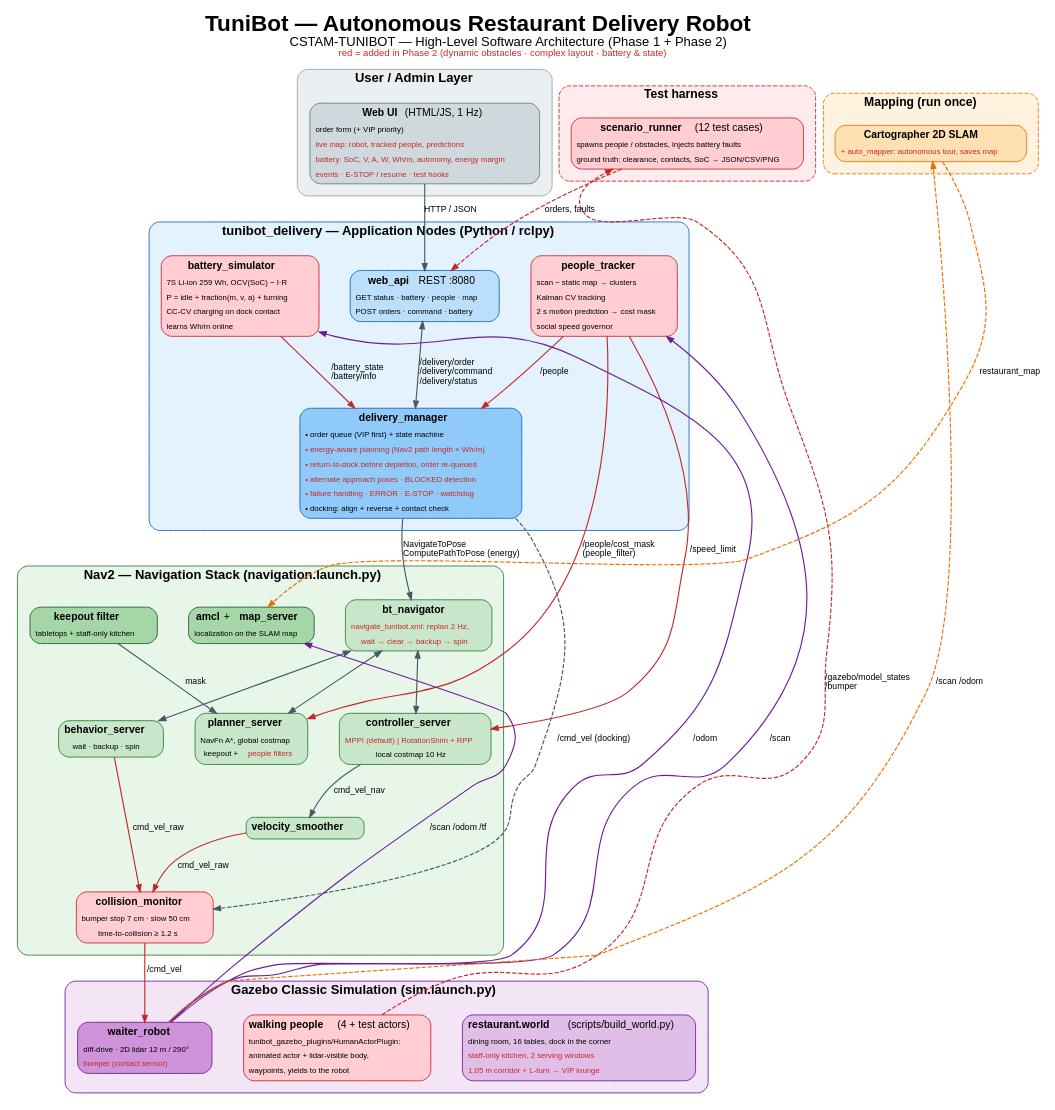
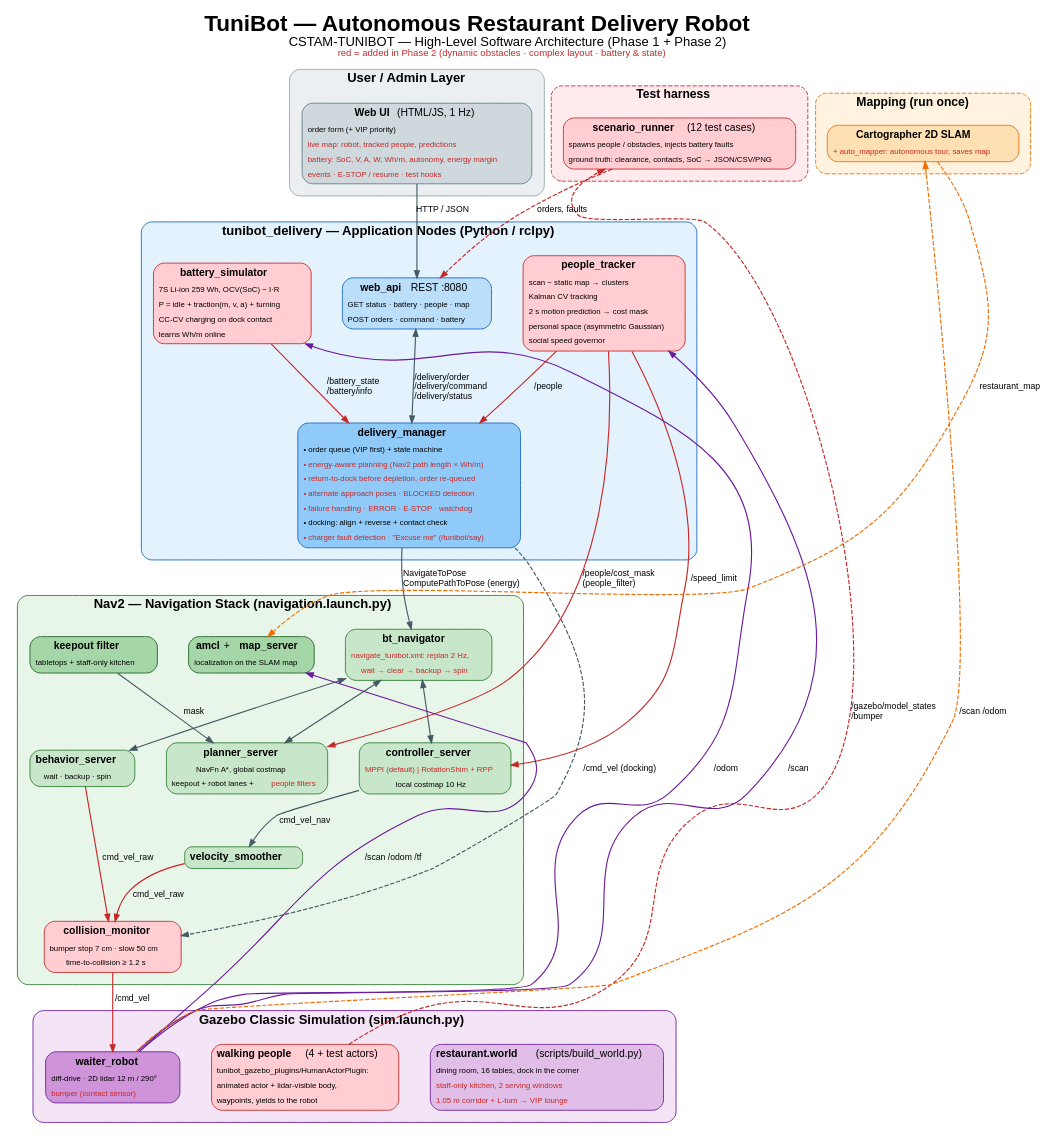
Before and after one commit to ghassenbani10-eng/Iot-Hunters: the diagram in src/tunibot_delivery/docs/architecture.dot, drawn with Graphviz. The commit also changed 10 other files, not shown here.

```diff
--- a/src/tunibot_delivery/docs/architecture.dot
+++ b/src/tunibot_delivery/docs/architecture.dot
@@ -1,153 +1,155 @@
 digraph TuniBotArchitecture {
   rankdir=TB;
   fontname="Helvetica";
   labelloc="t";
   label=<<FONT POINT-SIZE="26"><B>TuniBot — Autonomous Restaurant Delivery Robot</B></FONT><BR/><FONT POINT-SIZE="15">CSTAM-TUNIBOT — High-Level Software Architecture (Phase 1 + Phase 2)</FONT><BR/><FONT POINT-SIZE="11" COLOR="#c62828">red = added in Phase 2 (dynamic obstacles · complex layout · battery &amp; state)</FONT>>;
   bgcolor="white";
   nodesep=0.5;
   ranksep=0.7;
   node [fontname="Helvetica", fontsize=12, shape=plain];
   edge [fontname="Helvetica", fontsize=10, color="#455a64", penwidth=1.3, arrowsize=0.8];
 
   // ---------------- USER / ADMIN ----------------
   subgraph cluster_ui {
     label=<<B>User / Admin Layer</B>>;
     fontsize=15; style="rounded,filled"; color="#90a4ae"; fillcolor="#eceff1"; margin=14;
     WEB [label=<
       <TABLE BORDER="1" CELLBORDER="0" CELLSPACING="3" BGCOLOR="#cfd8dc" COLOR="#607d8b" STYLE="ROUNDED">
         <TR><TD><B>Web UI</B> (HTML/JS, 1 Hz)</TD></TR>
         <TR><TD ALIGN="LEFT"><FONT POINT-SIZE="9">order form (+ VIP priority)</FONT></TD></TR>
         <TR><TD ALIGN="LEFT"><FONT POINT-SIZE="9" COLOR="#c62828">live map: robot, tracked people, predictions</FONT></TD></TR>
         <TR><TD ALIGN="LEFT"><FONT POINT-SIZE="9" COLOR="#c62828">battery: SoC, V, A, W, Wh/m, autonomy, energy margin</FONT></TD></TR>
         <TR><TD ALIGN="LEFT"><FONT POINT-SIZE="9" COLOR="#c62828">events · E-STOP / resume · test hooks</FONT></TD></TR>
       </TABLE>>];
   }
 
   // ---------------- APPLICATION ----------------
   subgraph cluster_app {
     label=<<B>tunibot_delivery — Application Nodes (Python / rclpy)</B>>;
     fontsize=15; style="rounded,filled"; color="#1565c0"; fillcolor="#e3f2fd"; margin=14;
     API [label=<
       <TABLE BORDER="1" CELLBORDER="0" CELLSPACING="3" BGCOLOR="#bbdefb" COLOR="#1565c0" STYLE="ROUNDED">
         <TR><TD><B>web_api</B>  REST :8080</TD></TR>
         <TR><TD ALIGN="LEFT"><FONT POINT-SIZE="9">GET status · battery · people · map</FONT></TD></TR>
         <TR><TD ALIGN="LEFT"><FONT POINT-SIZE="9">POST orders · command · battery</FONT></TD></TR>
       </TABLE>>];
     DM [label=<
       <TABLE BORDER="1" CELLBORDER="0" CELLSPACING="3" BGCOLOR="#90caf9" COLOR="#1565c0" STYLE="ROUNDED">
         <TR><TD><B>delivery_manager</B></TD></TR>
         <TR><TD ALIGN="LEFT"><FONT POINT-SIZE="9">• order queue (VIP first) + state machine</FONT></TD></TR>
         <TR><TD ALIGN="LEFT"><FONT POINT-SIZE="9" COLOR="#c62828">• energy-aware planning (Nav2 path length × Wh/m)</FONT></TD></TR>
         <TR><TD ALIGN="LEFT"><FONT POINT-SIZE="9" COLOR="#c62828">• return-to-dock before depletion, order re-queued</FONT></TD></TR>
         <TR><TD ALIGN="LEFT"><FONT POINT-SIZE="9" COLOR="#c62828">• alternate approach poses · BLOCKED detection</FONT></TD></TR>
         <TR><TD ALIGN="LEFT"><FONT POINT-SIZE="9" COLOR="#c62828">• failure handling · ERROR · E-STOP · watchdog</FONT></TD></TR>
         <TR><TD ALIGN="LEFT"><FONT POINT-SIZE="9">• docking: align + reverse + contact check</FONT></TD></TR>
+        <TR><TD ALIGN="LEFT"><FONT POINT-SIZE="9" COLOR="#c62828">• charger fault detection · "Excuse me" (/tunibot/say)</FONT></TD></TR>
       </TABLE>>];
     BATT [label=<
       <TABLE BORDER="1" CELLBORDER="0" CELLSPACING="3" BGCOLOR="#ffcdd2" COLOR="#c62828" STYLE="ROUNDED">
         <TR><TD><B>battery_simulator</B></TD></TR>
         <TR><TD ALIGN="LEFT"><FONT POINT-SIZE="9">7S Li-ion 259 Wh, OCV(SoC) − I·R</FONT></TD></TR>
         <TR><TD ALIGN="LEFT"><FONT POINT-SIZE="9">P = idle + traction(m, v, a) + turning</FONT></TD></TR>
         <TR><TD ALIGN="LEFT"><FONT POINT-SIZE="9">CC-CV charging on dock contact</FONT></TD></TR>
         <TR><TD ALIGN="LEFT"><FONT POINT-SIZE="9">learns Wh/m online</FONT></TD></TR>
       </TABLE>>];
     PT [label=<
       <TABLE BORDER="1" CELLBORDER="0" CELLSPACING="3" BGCOLOR="#ffcdd2" COLOR="#c62828" STYLE="ROUNDED">
         <TR><TD><B>people_tracker</B></TD></TR>
         <TR><TD ALIGN="LEFT"><FONT POINT-SIZE="9">scan − static map → clusters</FONT></TD></TR>
         <TR><TD ALIGN="LEFT"><FONT POINT-SIZE="9">Kalman CV tracking</FONT></TD></TR>
         <TR><TD ALIGN="LEFT"><FONT POINT-SIZE="9">2 s motion prediction → cost mask</FONT></TD></TR>
+        <TR><TD ALIGN="LEFT"><FONT POINT-SIZE="9">personal space (asymmetric Gaussian)</FONT></TD></TR>
         <TR><TD ALIGN="LEFT"><FONT POINT-SIZE="9">social speed governor</FONT></TD></TR>
       </TABLE>>];
     API -> DM [dir=both, label="/delivery/order\l/delivery/command\l/delivery/status\l"];
     BATT -> DM [label="/battery_state\l/battery/info\l", color="#c62828"];
     PT -> DM [label="/people", color="#c62828"];
   }
 
   // ---------------- NAV2 ----------------
   subgraph cluster_nav2 {
     label=<<B>Nav2 — Navigation Stack (navigation.launch.py)</B>>;
     fontsize=15; style="rounded,filled"; color="#2e7d32"; fillcolor="#e8f5e9"; margin=14;
     BT [label=<<TABLE BORDER="1" CELLBORDER="0" CELLSPACING="3" BGCOLOR="#c8e6c9" COLOR="#2e7d32" STYLE="ROUNDED"><TR><TD><B>bt_navigator</B></TD></TR><TR><TD><FONT POINT-SIZE="9" COLOR="#c62828">navigate_tunibot.xml: replan 2 Hz,</FONT></TD></TR><TR><TD><FONT POINT-SIZE="9" COLOR="#c62828">wait → clear → backup → spin</FONT></TD></TR></TABLE>>];
-    PLAN [label=<<TABLE BORDER="1" CELLBORDER="0" CELLSPACING="3" BGCOLOR="#c8e6c9" COLOR="#2e7d32" STYLE="ROUNDED"><TR><TD><B>planner_server</B></TD></TR><TR><TD><FONT POINT-SIZE="9">NavFn A*, global costmap</FONT></TD></TR><TR><TD><FONT POINT-SIZE="9">keepout + <FONT COLOR="#c62828">people filters</FONT></FONT></TD></TR></TABLE>>];
+    PLAN [label=<<TABLE BORDER="1" CELLBORDER="0" CELLSPACING="3" BGCOLOR="#c8e6c9" COLOR="#2e7d32" STYLE="ROUNDED"><TR><TD><B>planner_server</B></TD></TR><TR><TD><FONT POINT-SIZE="9">NavFn A*, global costmap</FONT></TD></TR><TR><TD><FONT POINT-SIZE="9">keepout + robot lanes + <FONT COLOR="#c62828">people filters</FONT></FONT></TD></TR></TABLE>>];
     CTRL [label=<<TABLE BORDER="1" CELLBORDER="0" CELLSPACING="3" BGCOLOR="#c8e6c9" COLOR="#2e7d32" STYLE="ROUNDED"><TR><TD><B>controller_server</B></TD></TR><TR><TD><FONT POINT-SIZE="9" COLOR="#c62828">MPPI (default) | RotationShim + RPP</FONT></TD></TR><TR><TD><FONT POINT-SIZE="9">local costmap 10 Hz</FONT></TD></TR></TABLE>>];
     BEH [label=<<TABLE BORDER="1" CELLBORDER="0" CELLSPACING="3" BGCOLOR="#c8e6c9" COLOR="#2e7d32" STYLE="ROUNDED"><TR><TD><B>behavior_server</B></TD></TR><TR><TD><FONT POINT-SIZE="9">wait · backup · spin</FONT></TD></TR></TABLE>>];
     SMOOTH [label=<<TABLE BORDER="1" CELLBORDER="0" CELLSPACING="3" BGCOLOR="#c8e6c9" COLOR="#2e7d32" STYLE="ROUNDED"><TR><TD><B>velocity_smoother</B></TD></TR></TABLE>>];
     CM [label=<<TABLE BORDER="1" CELLBORDER="0" CELLSPACING="3" BGCOLOR="#ffcdd2" COLOR="#c62828" STYLE="ROUNDED"><TR><TD><B>collision_monitor</B></TD></TR><TR><TD><FONT POINT-SIZE="9">bumper stop 7 cm · slow 50 cm</FONT></TD></TR><TR><TD><FONT POINT-SIZE="9">time-to-collision ≥ 1.2 s</FONT></TD></TR></TABLE>>];
     AMCL [label=<<TABLE BORDER="1" CELLBORDER="0" CELLSPACING="3" BGCOLOR="#a5d6a7" COLOR="#1b5e20" STYLE="ROUNDED"><TR><TD><B>amcl</B> + <B>map_server</B></TD></TR><TR><TD><FONT POINT-SIZE="9">localization on the SLAM map</FONT></TD></TR></TABLE>>];
     KEEP [label=<<TABLE BORDER="1" CELLBORDER="0" CELLSPACING="3" BGCOLOR="#a5d6a7" COLOR="#1b5e20" STYLE="ROUNDED"><TR><TD><B>keepout filter</B></TD></TR><TR><TD><FONT POINT-SIZE="9">tabletops + staff-only kitchen</FONT></TD></TR></TABLE>>];
 
     { rank=same; AMCL; BT; KEEP; }
     { rank=same; PLAN; CTRL; BEH; }
     BT -> PLAN [dir=both];
     BT -> CTRL [dir=both];
     BT -> BEH [dir=both];
     KEEP -> PLAN [label=" mask"];
     CTRL -> SMOOTH [label="cmd_vel_nav"];
     SMOOTH -> CM [label="cmd_vel_raw", color="#c62828"];
     BEH -> CM [label="cmd_vel_raw", color="#c62828"];
   }
 
   // ---------------- SIMULATION ----------------
   subgraph cluster_sim {
     label=<<B>Gazebo Classic Simulation (sim.launch.py)</B>>;
     fontsize=15; style="rounded,filled"; color="#6a1b9a"; fillcolor="#f3e5f5"; margin=14;
     WORLD [label=<
       <TABLE BORDER="1" CELLBORDER="0" CELLSPACING="3" BGCOLOR="#e1bee7" COLOR="#6a1b9a" STYLE="ROUNDED">
         <TR><TD><B>restaurant.world</B> (scripts/build_world.py)</TD></TR>
         <TR><TD ALIGN="LEFT"><FONT POINT-SIZE="9">dining room, 16 tables, dock in the corner</FONT></TD></TR>
         <TR><TD ALIGN="LEFT"><FONT POINT-SIZE="9" COLOR="#c62828">staff-only kitchen, 2 serving windows</FONT></TD></TR>
         <TR><TD ALIGN="LEFT"><FONT POINT-SIZE="9" COLOR="#c62828">1.05 m corridor + L-turn → VIP lounge</FONT></TD></TR>
       </TABLE>>];
     HUM [label=<
       <TABLE BORDER="1" CELLBORDER="0" CELLSPACING="3" BGCOLOR="#ffcdd2" COLOR="#c62828" STYLE="ROUNDED">
         <TR><TD><B>walking people</B> (4 + test actors)</TD></TR>
         <TR><TD ALIGN="LEFT"><FONT POINT-SIZE="9">tunibot_gazebo_plugins/HumanActorPlugin:</FONT></TD></TR>
         <TR><TD ALIGN="LEFT"><FONT POINT-SIZE="9">animated actor + lidar-visible body,</FONT></TD></TR>
         <TR><TD ALIGN="LEFT"><FONT POINT-SIZE="9">waypoints, yields to the robot</FONT></TD></TR>
       </TABLE>>];
     ROBOT [label=<
       <TABLE BORDER="1" CELLBORDER="0" CELLSPACING="3" BGCOLOR="#ce93d8" COLOR="#6a1b9a" STYLE="ROUNDED">
         <TR><TD><B>waiter_robot</B></TD></TR>
         <TR><TD ALIGN="LEFT"><FONT POINT-SIZE="9">diff-drive · 2D lidar 12 m / 290°</FONT></TD></TR>
         <TR><TD ALIGN="LEFT"><FONT POINT-SIZE="9" COLOR="#c62828">bumper (contact sensor)</FONT></TD></TR>
       </TABLE>>];
     { rank=same; WORLD; HUM; ROBOT; }
   }
 
   // ---------------- MAPPING + TESTS ----------------
   subgraph cluster_slam {
     label=<<B>Mapping (run once)</B>>;
     fontsize=14; style="rounded,filled,dashed"; color="#ef6c00"; fillcolor="#fff3e0"; margin=14;
     CARTO [label=<
       <TABLE BORDER="1" CELLBORDER="0" CELLSPACING="3" BGCOLOR="#ffe0b2" COLOR="#ef6c00" STYLE="ROUNDED">
         <TR><TD><B>Cartographer 2D SLAM</B></TD></TR>
         <TR><TD><FONT POINT-SIZE="9" COLOR="#c62828">+ auto_mapper: autonomous tour, saves map</FONT></TD></TR>
       </TABLE>>];
   }
   subgraph cluster_test {
     label=<<B>Test harness</B>>;
     fontsize=14; style="rounded,filled,dashed"; color="#c62828"; fillcolor="#ffebee"; margin=14;
     TEST [label=<
       <TABLE BORDER="1" CELLBORDER="0" CELLSPACING="3" BGCOLOR="#ffcdd2" COLOR="#c62828" STYLE="ROUNDED">
         <TR><TD><B>scenario_runner</B> (12 test cases)</TD></TR>
         <TR><TD ALIGN="LEFT"><FONT POINT-SIZE="9">spawns people / obstacles, injects battery faults</FONT></TD></TR>
         <TR><TD ALIGN="LEFT"><FONT POINT-SIZE="9">ground truth: clearance, contacts, SoC → JSON/CSV/PNG</FONT></TD></TR>
       </TABLE>>];
   }
 
   // ===================== CROSS-LAYER EDGES =====================
   WEB -> API [label="HTTP / JSON"];
   DM -> BT [label="NavigateToPose\lComputePathToPose (energy)\l"];
   DM -> CM [label="/cmd_vel (docking)", style=dashed, constraint=false];
   PT -> PLAN [label="/people/cost_mask\l(people_filter)\l", color="#c62828"];
   PT -> CTRL [label="/speed_limit", color="#c62828"];
   CM -> ROBOT [label="/cmd_vel", color="#c62828"];
   ROBOT -> AMCL [label="/scan /odom /tf", color="#6a1b9a", constraint=false];
   ROBOT -> PT [label="/scan", color="#6a1b9a", constraint=false];
   ROBOT -> BATT [label="/odom", color="#6a1b9a", constraint=false];
   ROBOT -> CARTO [label="/scan /odom", style=dashed, color="#ef6c00", constraint=false];
   CARTO -> AMCL [label="restaurant_map", style=dashed, color="#ef6c00", constraint=false];
   TEST -> API [style=dashed, color="#c62828", label="orders, faults", constraint=false];
   HUM -> TEST [style=dashed, color="#c62828", label="/gazebo/model_states\l/bumper\l", constraint=false];
 }
```
